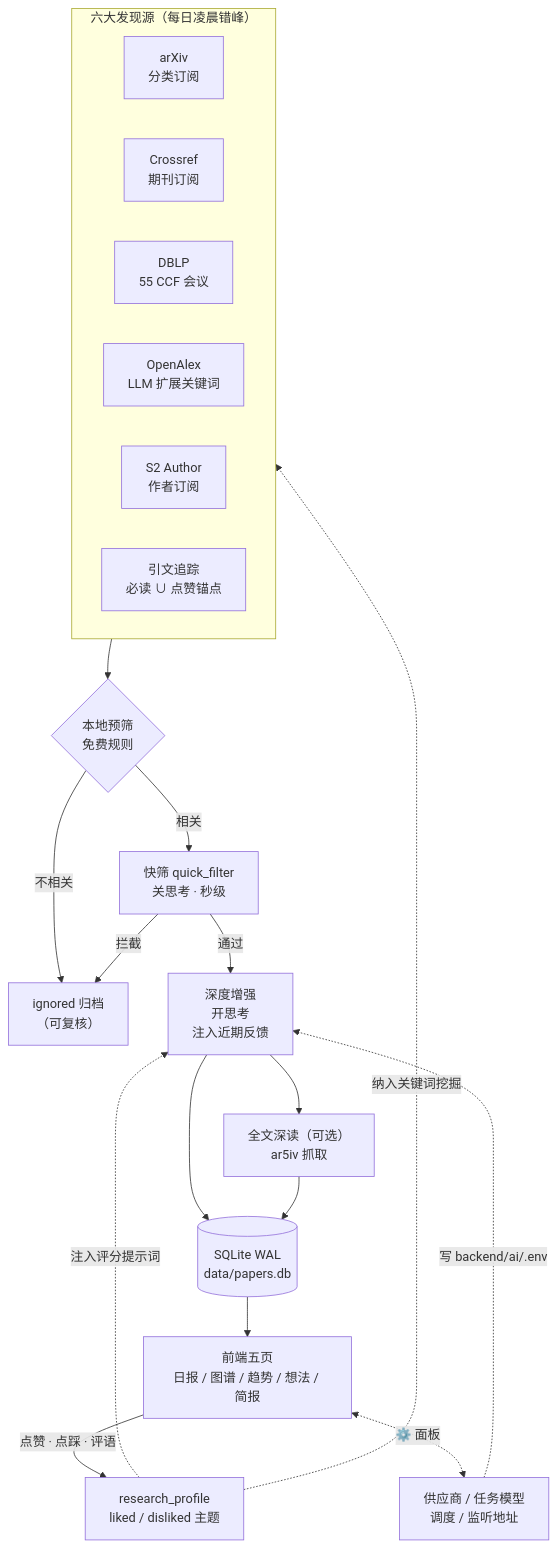
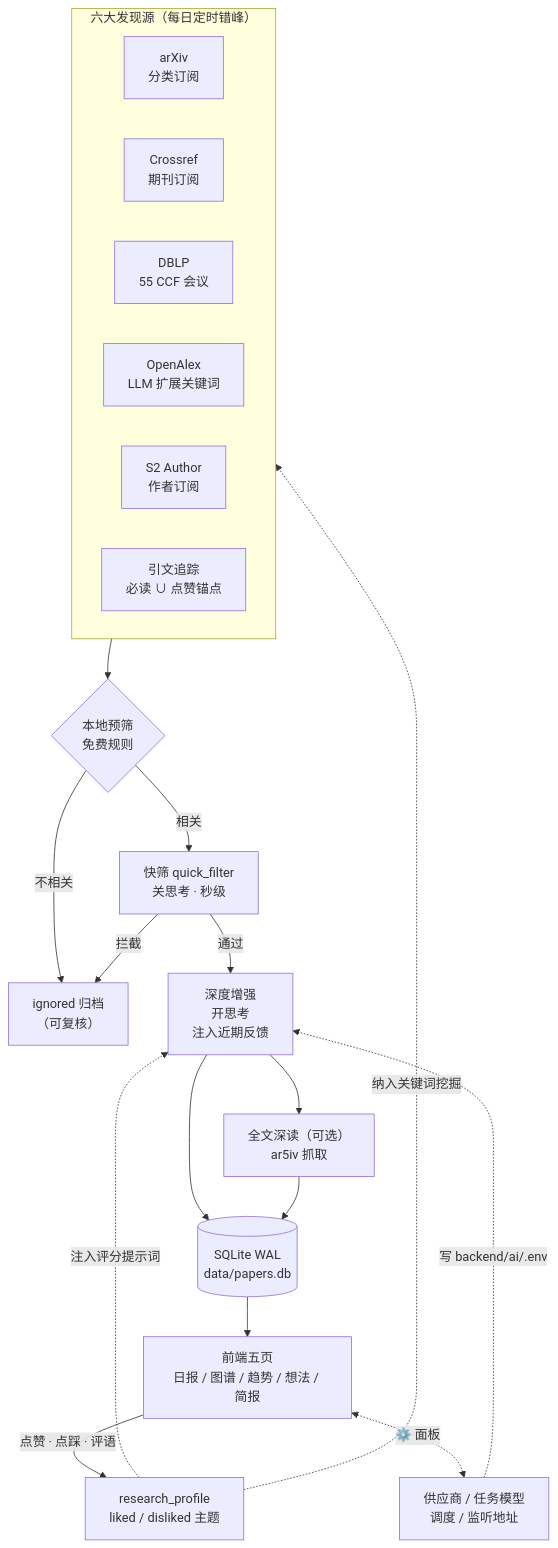
One commit to CHGeronimo/arXiv- changed the diagram in README.md. Above: the diagram before and after it, drawn with Mermaid. The commit also changed other lines of this file and 7 other files, not shown here.

````diff
--- a/README.md
+++ b/README.md
@@ -90,26 +90,26 @@
 ```mermaid
 flowchart TB
-    subgraph SRC["六大发现源（每日凌晨错峰）"]
+    subgraph SRC["六大发现源（每日定时错峰）"]
         direction LR
         A["arXiv<br/>分类订阅"]
         B["Crossref<br/>期刊订阅"]
         C["DBLP<br/>55 CCF 会议"]
         D["OpenAlex<br/>LLM 扩展关键词"]
         E["S2 Author<br/>作者订阅"]
         F["引文追踪<br/>必读 ∪ 点赞锚点"]
     end
     SRC --> P{"本地预筛<br/>免费规则"}
     P -->|相关| Q["快筛 quick_filter<br/>关思考 · 秒级"]
     P -->|不相关| IG["ignored 归档<br/>（可复核）"]
     Q -->|通过| H["深度增强<br/>开思考<br/>注入近期反馈"]
     Q -->|拦截| IG
     H --> FT["全文深读（可选）<br/>ar5iv 抓取"]
     H --> DB[("SQLite WAL<br/>data/papers.db")]
     FT --> DB
     DB --> UI["前端五页<br/>日报 / 图谱 / 趋势 / 想法 / 简报"]
     UI -->|"点赞 · 点踩 · 评语"| PR["research_profile<br/>liked / disliked 主题"]
     PR -.->|注入评分提示词| H
     PR -.->|纳入关键词挖掘| D
     UI <.->|"⚙️ 面板"| CFG["供应商 / 任务模型<br/>调度 / 监听地址"]
     CFG -.->|写 backend/ai/.env| H
 ```
````
